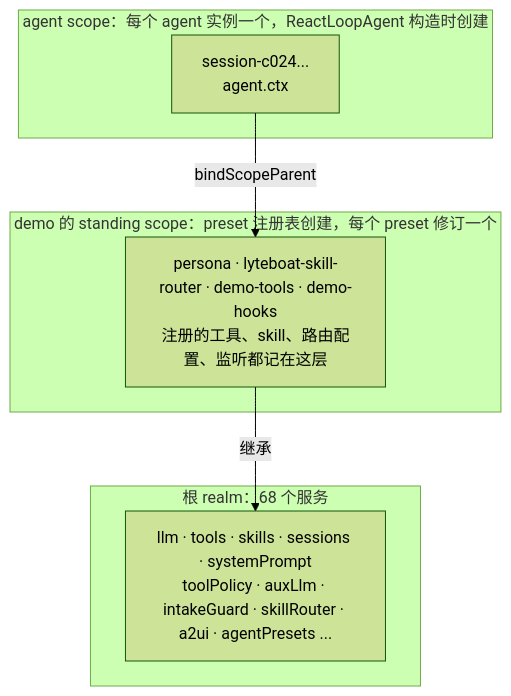
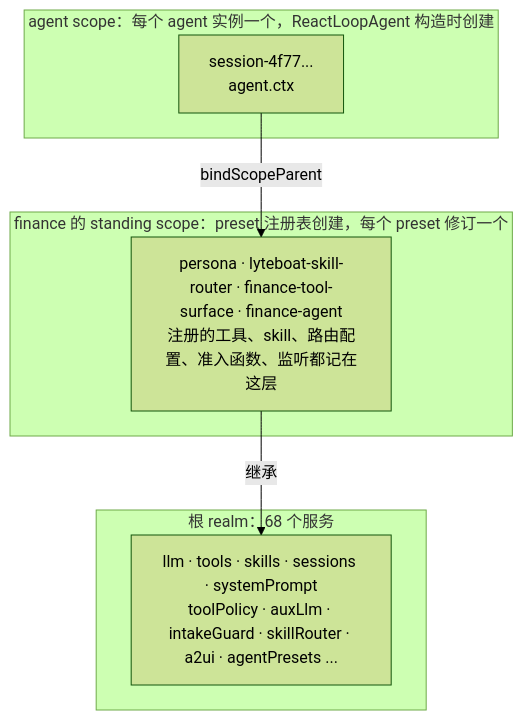
One commit to lyteboat/boat changed the sixth of 11 diagrams in docs/01-architecture.md. Above: the diagram before and after it, drawn with Mermaid (forest theme). The commit also changed other lines of this file, not shown here.

First line of the commit message:
docs: doc 01 follows the minimal finance agent

````diff
--- a/docs/01-architecture.md
+++ b/docs/01-architecture.md
@@ -366,14 +366,14 @@
 ```mermaid
 flowchart TB
   subgraph ROOT["根 realm：68 个服务"]
     rsvc["llm · tools · skills · sessions · systemPrompt<br/>toolPolicy · auxLlm · intakeGuard · skillRouter · a2ui · agentPresets ..."]
   end
-  subgraph STAND["demo 的 standing scope：preset 注册表创建，每个 preset 修订一个"]
-    rows["persona · lyteboat-skill-router · demo-tools · demo-hooks<br/>注册的工具、skill、路由配置、监听都记在这层"]
+  subgraph STAND["finance 的 standing scope：preset 注册表创建，每个 preset 修订一个"]
+    rows["persona · lyteboat-skill-router · finance-tool-surface · finance-agent<br/>注册的工具、skill、路由配置、准入函数、监听都记在这层"]
   end
   subgraph AGS["agent scope：每个 agent 实例一个，ReactLoopAgent 构造时创建"]
-    inst["session-c024...<br/>agent.ctx"]
+    inst["session-4f77...<br/>agent.ctx"]
   end
   inst -->|"bindScopeParent"| rows
   rows -->|"继承"| rsvc
 ```
````
